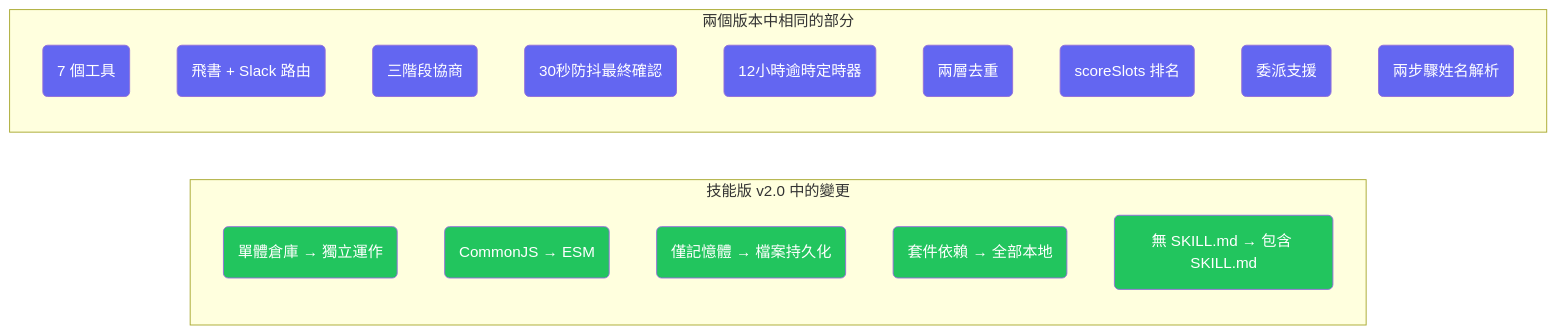
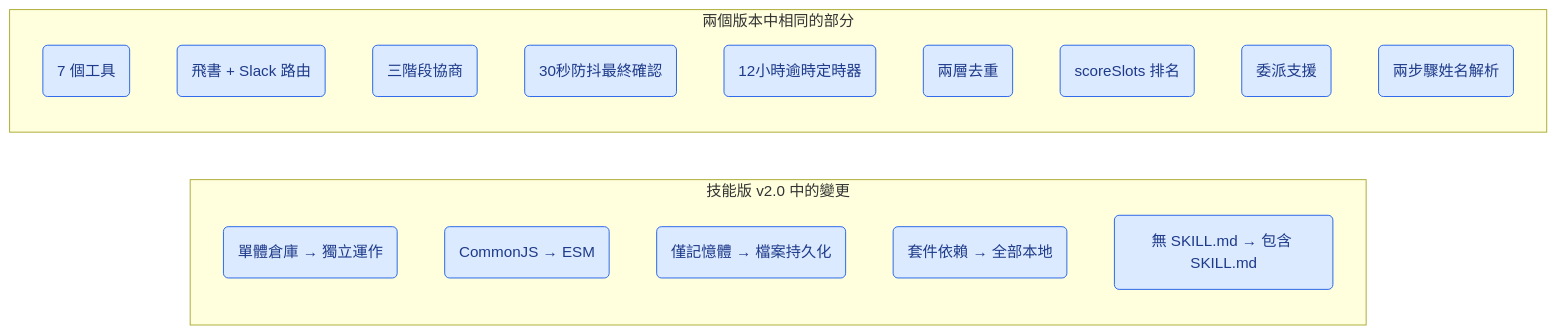
One commit to javana3/claw_meeting_all changed diagram 13 of 13 in README.zh-TW.md. Above: the diagram before and after it, drawn with Mermaid. The commit also changed other lines of this file and 3 other files, not shown here.

````diff
--- a/README.zh-TW.md
+++ b/README.zh-TW.md
@@ -469,37 +469,37 @@
 ```mermaid
 graph LR
     subgraph "技能版 v2.0 中的變更"
         D1(單體倉庫 → 獨立運作)
         D2(CommonJS → ESM)
         D3(僅記憶體 → 檔案持久化)
         D4(套件依賴 → 全部本地)
         D5(無 SKILL.md → 包含 SKILL.md)
     end
 
     subgraph "兩個版本中相同的部分"
         S1(7 個工具)
         S2(飛書 + Slack 路由)
         S3(三階段協商)
         S4(30秒防抖最終確認)
         S5(12小時逾時定時器)
         S6(兩層去重)
         S7(scoreSlots 排名)
         S8(委派支援)
         S9(兩步驟姓名解析)
     end
 
-    style D1 fill:#22c55e,color:#fff
-    style D2 fill:#22c55e,color:#fff
-    style D3 fill:#22c55e,color:#fff
-    style D4 fill:#22c55e,color:#fff
-    style D5 fill:#22c55e,color:#fff
-    style S1 fill:#6366f1,color:#fff
-    style S2 fill:#6366f1,color:#fff
-    style S3 fill:#6366f1,color:#fff
-    style S4 fill:#6366f1,color:#fff
-    style S5 fill:#6366f1,color:#fff
-    style S6 fill:#6366f1,color:#fff
-    style S7 fill:#6366f1,color:#fff
-    style S8 fill:#6366f1,color:#fff
-    style S9 fill:#6366f1,color:#fff
+    style D1 fill:#dbeafe,stroke:#2563eb,color:#1e3a8a
+    style D2 fill:#dbeafe,stroke:#2563eb,color:#1e3a8a
+    style D3 fill:#dbeafe,stroke:#2563eb,color:#1e3a8a
+    style D4 fill:#dbeafe,stroke:#2563eb,color:#1e3a8a
+    style D5 fill:#dbeafe,stroke:#2563eb,color:#1e3a8a
+    style S1 fill:#dbeafe,stroke:#2563eb,color:#1e3a8a
+    style S2 fill:#dbeafe,stroke:#2563eb,color:#1e3a8a
+    style S3 fill:#dbeafe,stroke:#2563eb,color:#1e3a8a
+    style S4 fill:#dbeafe,stroke:#2563eb,color:#1e3a8a
+    style S5 fill:#dbeafe,stroke:#2563eb,color:#1e3a8a
+    style S6 fill:#dbeafe,stroke:#2563eb,color:#1e3a8a
+    style S7 fill:#dbeafe,stroke:#2563eb,color:#1e3a8a
+    style S8 fill:#dbeafe,stroke:#2563eb,color:#1e3a8a
+    style S9 fill:#dbeafe,stroke:#2563eb,color:#1e3a8a
 ```
````
